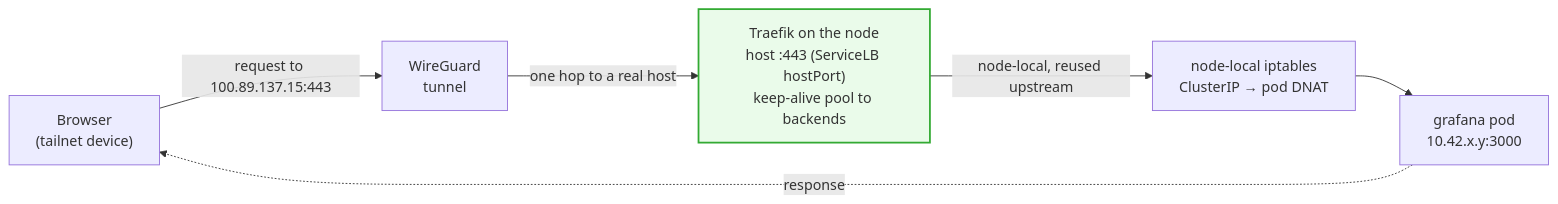
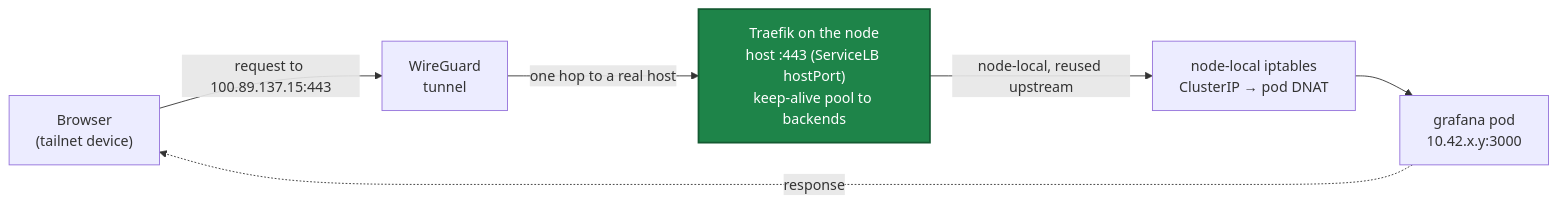
Before and after one commit to azusachino/harus-blog: the second of 2 diagrams in docs/tech/posts/k3s-traefik-ingress.md, drawn with Mermaid. The commit also changed other lines of this file, not shown here.

````diff
--- a/docs/tech/posts/k3s-traefik-ingress.md
+++ b/docs/tech/posts/k3s-traefik-ingress.md
@@ -89,17 +89,17 @@
 ```mermaid
 flowchart LR
   B["Browser<br/>(tailnet device)"]
   WG["WireGuard<br/>tunnel"]
   TR["Traefik on the node<br/>host :443 (ServiceLB hostPort)<br/>keep-alive pool to backends"]
   KP["node-local iptables<br/>ClusterIP → pod DNAT"]
   G["grafana pod<br/>10.42.x.y:3000"]
 
   B -->|"request to 100.89.137.15:443"| WG
   WG -->|"one hop to a real host"| TR
   TR -->|"node-local, reused upstream"| KP
   KP --> G
   G -.->|"response"| B
 
-  classDef good fill:#eafbea,stroke:#3a3,stroke-width:2px;
+  classDef good fill:#1e8449,stroke:#145a32,stroke-width:2px,color:#fff;
   class TR good;
 ```
````
